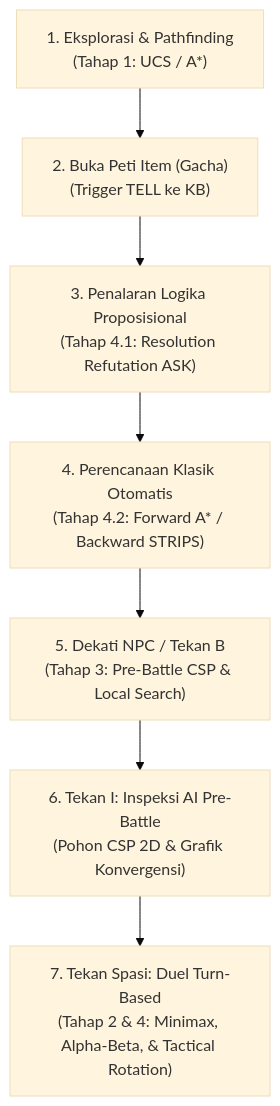
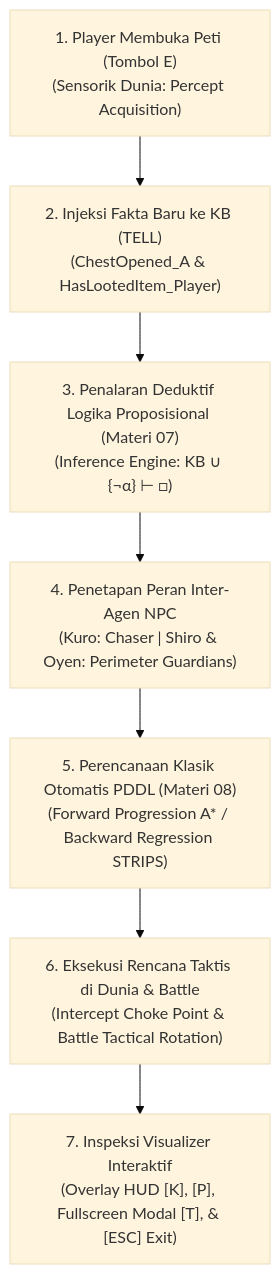
One commit to hanifmyssr/Game-AI changed the diagram in README.md. Above: the diagram before and after it, drawn with Mermaid (base theme). The commit also changed other lines of this file, not shown here.

````diff
--- a/README.md
+++ b/README.md
@@ -41,9 +45,9 @@
 ```mermaid
 flowchart TD
-    A["1. Eksplorasi & Pathfinding<br/>(Tahap 1: UCS / A*)"] --> B["2. Buka Peti Item (Gacha)<br/>(Trigger TELL ke KB)"]
-    B --> C["3. Penalaran Logika Proposisional<br/>(Tahap 4.1: Resolution Refutation ASK)"]
-    C --> D["4. Perencanaan Klasik Otomatis<br/>(Tahap 4.2: Forward A* / Backward STRIPS)"]
-    D --> E["5. Dekati NPC / Tekan B<br/>(Tahap 3: Pre-Battle CSP & Local Search)"]
-    E --> F["6. Tekan I: Inspeksi AI Pre-Battle<br/>(Pohon CSP 2D & Grafik Konvergensi)"]
-    F --> G["7. Tekan Spasi: Duel Turn-Based<br/>(Tahap 2 & 4: Minimax, Alpha-Beta, & Tactical Rotation)"]
+    A["1. Player Membuka Peti (Tombol E)<br/>(Sensorik Dunia: Percept Acquisition)"] --> B["2. Injeksi Fakta Baru ke KB (TELL)<br/>(ChestOpened_A & HasLootedItem_Player)"]
+    B --> C["3. Penalaran Deduktif Logika Proposisional (Materi 07)<br/>(Inference Engine: KB ∪ {¬α} ⊢ □)"]
+    C --> D["4. Penetapan Peran Inter-Agen NPC<br/>(Kuro: Chaser | Shiro & Oyen: Perimeter Guardians)"]
+    D --> E["5. Perencanaan Klasik Otomatis PDDL (Materi 08)<br/>(Forward Progression A* / Backward Regression STRIPS)"]
+    E --> F["6. Eksekusi Rencana Taktis di Dunia & Battle<br/>(Intercept Choke Point & Battle Tactical Rotation)"]
+    F --> G["7. Inspeksi Visualizer Interaktif<br/>(Overlay HUD [K], [P], Fullscreen Modal [T], & [ESC] Exit)"]
 ```
````
